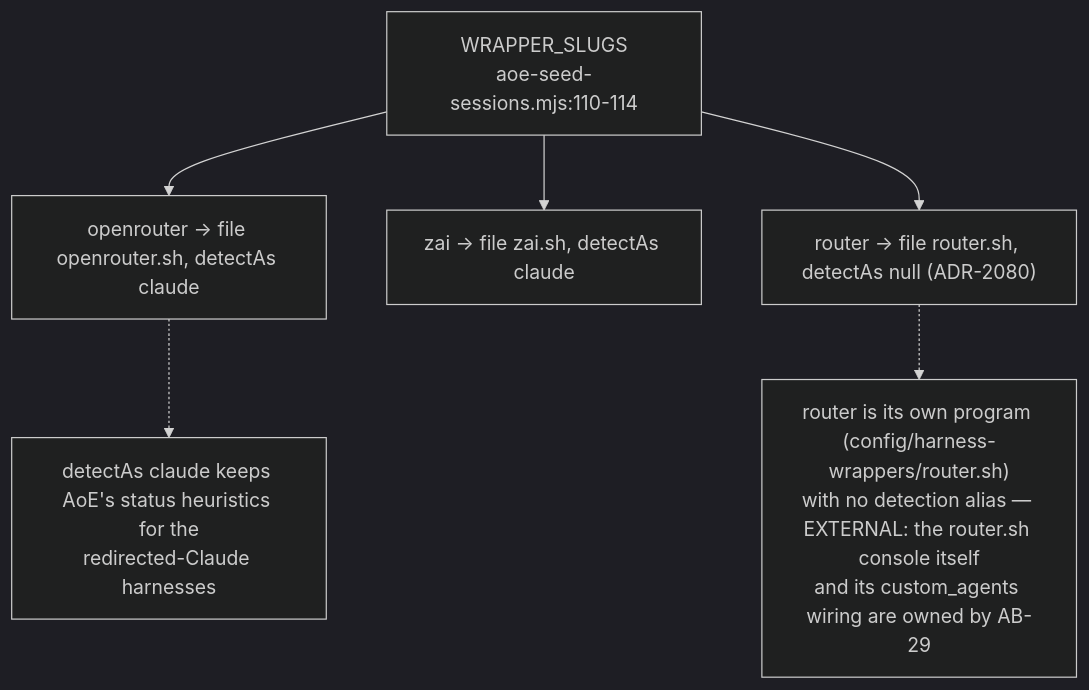
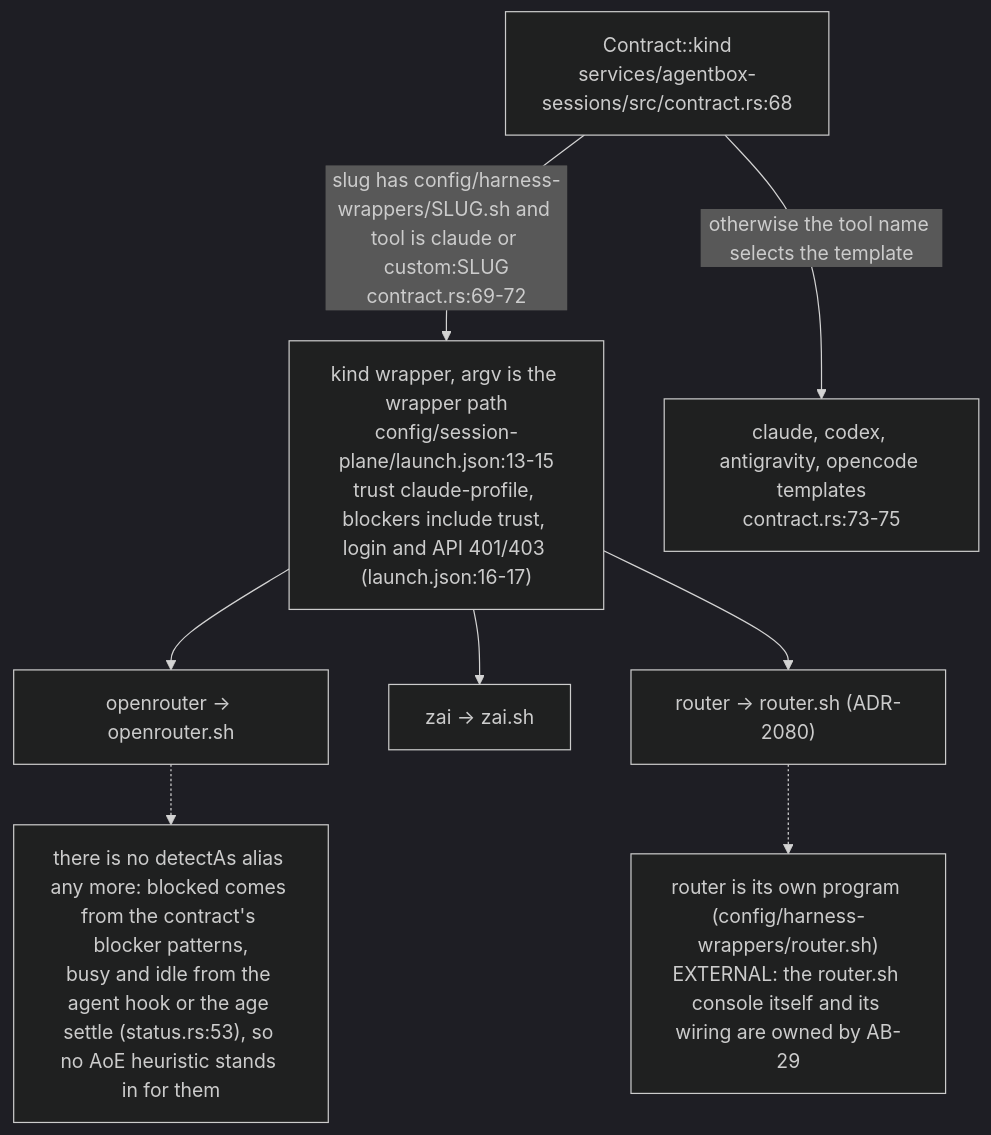
Before and after one commit to DreamLab-AI/VisionFlow: diagram 18 of 21 in docs/diagrams/agentbox/02-boot-sequence-and-readiness.md, drawn with Mermaid (dark theme). The commit also changed other lines of this file and 145 other files, not shown here.

````diff
--- a/docs/diagrams/agentbox/02-boot-sequence-and-readiness.md
+++ b/docs/diagrams/agentbox/02-boot-sequence-and-readiness.md
@@ -714,9 +747,11 @@
 ```mermaid
 flowchart TB
-    W["WRAPPER_SLUGS<br/>aoe-seed-sessions.mjs:110-114"]
-    W --> OR["openrouter -&gt; file openrouter.sh, detectAs claude"]
-    W --> ZA["zai -&gt; file zai.sh, detectAs claude"]
-    W --> RO["router -&gt; file router.sh, detectAs null (ADR-2080)"]
-    OR -.-> NOTE1["detectAs claude keeps AoE's status heuristics for the<br/>redirected-Claude harnesses"]
-    RO -.-> NOTE2["router is its own program (config/harness-wrappers/router.sh)<br/>with no detection alias — EXTERNAL: the router.sh console itself<br/>and its custom_agents wiring are owned by AB-29"]
+    K["Contract::kind<br/>services/agentbox-sessions/src/contract.rs:68"]
+    K -->|"slug has config/harness-wrappers/SLUG.sh and tool is claude or custom:SLUG<br/>contract.rs:69-72"| W["kind wrapper, argv is the wrapper path<br/>config/session-plane/launch.json:13-15<br/>trust claude-profile, blockers include trust, login and API 401/403 (launch.json:16-17)"]
+    K -->|"otherwise the tool name selects the template"| T["claude, codex, antigravity, opencode templates<br/>contract.rs:73-75"]
+    W --> OR["openrouter -&gt; openrouter.sh"]
+    W --> ZA["zai -&gt; zai.sh"]
+    W --> RO["router -&gt; router.sh (ADR-2080)"]
+    OR -.-> NOTE1["there is no detectAs alias any more: blocked comes from the contract's blocker patterns,<br/>busy and idle from the agent hook or the age settle (status.rs:53), so no AoE heuristic stands in for them"]
+    RO -.-> NOTE2["router is its own program (config/harness-wrappers/router.sh)<br/>EXTERNAL: the router.sh console itself and its wiring are owned by AB-29"]
 ```
````
